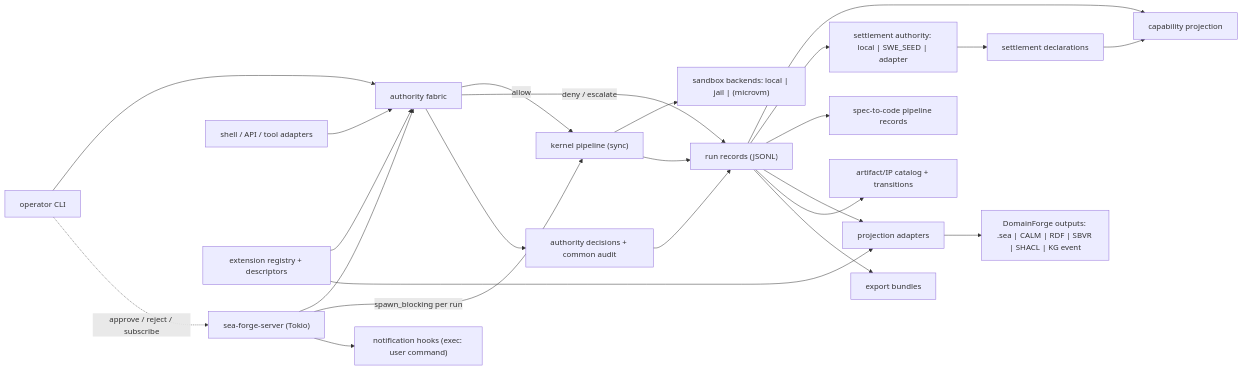
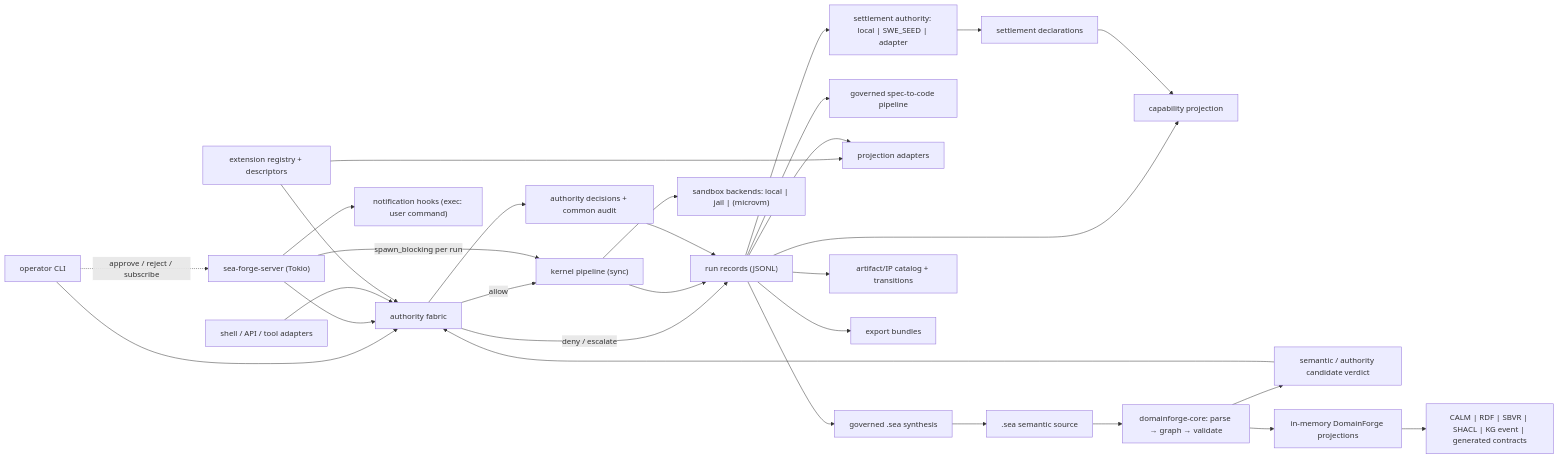
One commit to GodSpeedAI/SEA-Forge changed the diagram in .agents/specs/spec-full.md. Above: the diagram before and after it, drawn with Mermaid. The commit also changed other lines of this file and 4 other files, not shown here.

First line of the commit message:
docs: define the DomainForge semantic boundary

````diff
--- a/.agents/specs/spec-full.md
+++ b/.agents/specs/spec-full.md
@@ -215,26 +239,32 @@
 ```mermaid
 flowchart LR
   OpCLI["operator CLI"] --> Auth["authority fabric"]
   Server["sea-forge-server (Tokio)"] --> Auth
   Shell["shell / API / tool adapters"] --> Auth
   Auth -->|allow| K["kernel pipeline (sync)"]
   Auth -->|deny / escalate| Records
   Server -->|spawn_blocking per run| K
   OpCLI -.->|approve / reject / subscribe| Server
   K --> Sandbox["sandbox backends: local | jail | (microvm)"]
   K --> Records["run records (JSONL)"]
   Auth --> Audit["authority decisions + common audit"]
   Audit --> Records
   Records --> Cap["capability projection"]
   Records --> SettleAuth["settlement authority: local | SWE_SEED | adapter"]
   SettleAuth --> Decl["settlement declarations"]
   Decl --> Cap
-  Records --> SpecPipe["spec-to-code pipeline records"]
+  SEA[".sea semantic source"] --> DF["domainforge-core: parse → graph → validate"]
+  DF --> DomainEval["semantic / authority candidate verdict"]
+  DomainEval --> Auth
+  DF --> DFProj["in-memory DomainForge projections"]
+  Records --> SpecPipe["governed spec-to-code pipeline"]
   Ext["extension registry + descriptors"] --> Auth
   Ext --> Proj["projection adapters"]
   Records --> Proj
-  Proj --> DF["DomainForge outputs: .sea | CALM | RDF | SBVR | SHACL | KG event"]
+  Records --> SeaSynth["governed .sea synthesis"]
+  SeaSynth --> SEA
+  DFProj --> ProjOut["CALM | RDF | SBVR | SHACL | KG event | generated contracts"]
   Records --> IP["artifact/IP catalog + transitions"]
   Records --> Cell["export bundles"]
   Server --> Notif["notification hooks (exec: user command)"]
 ```
````
